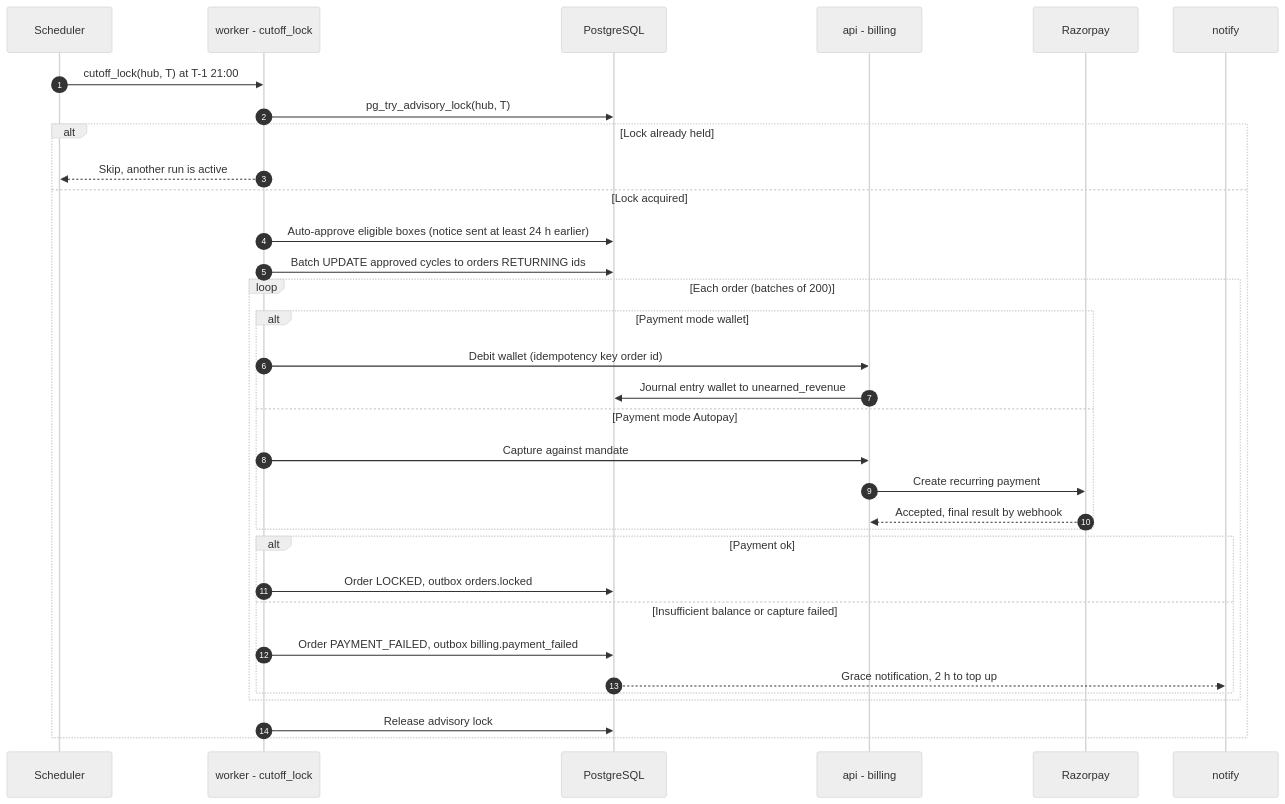
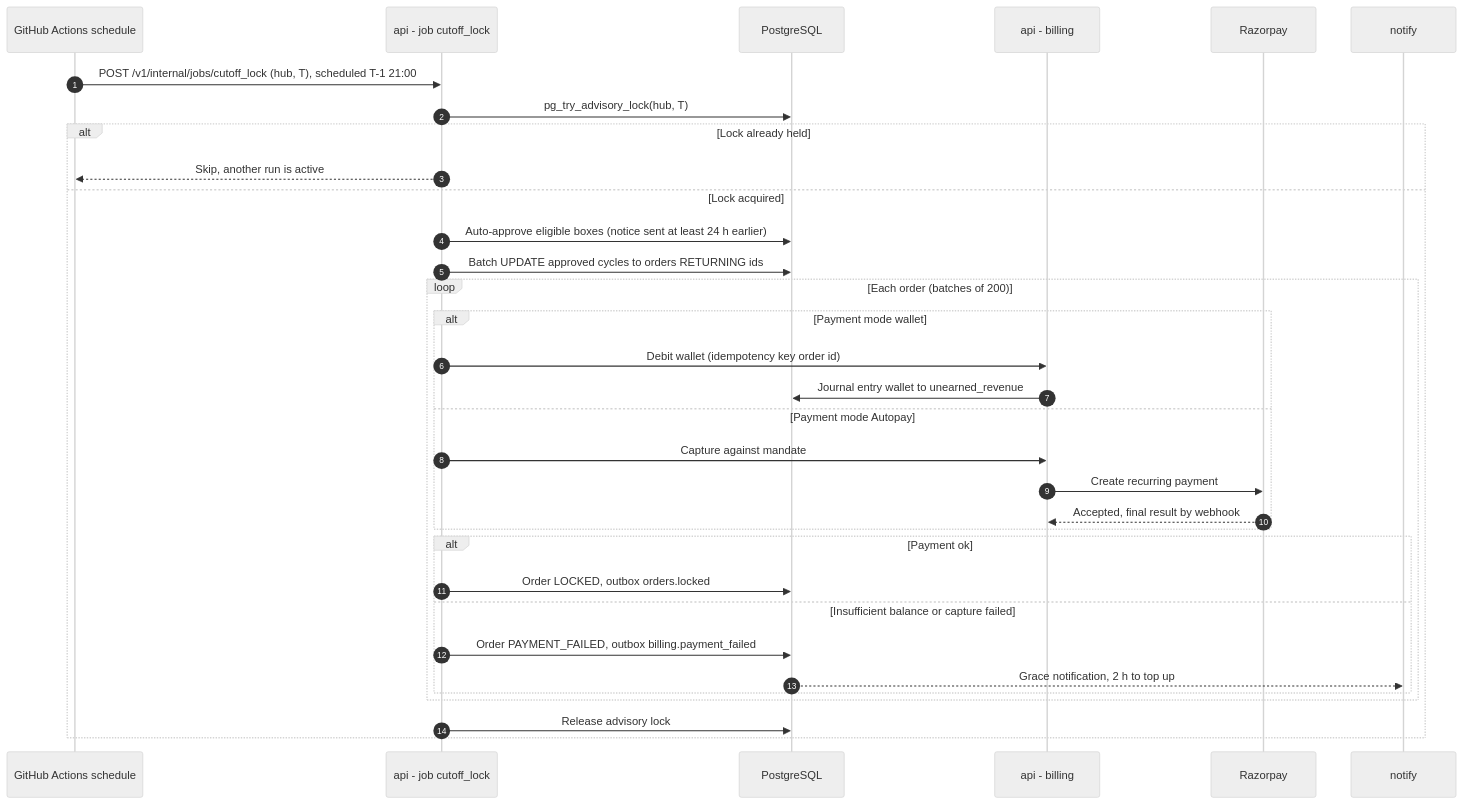
Before and after one commit to prelekar7/GharBasket: the sixth of 18 diagrams in docs/handbook/07-workflows.md, drawn with Mermaid (neutral theme). The commit also changed other lines of this file and 58 other files, not shown here.

````diff
--- a/docs/handbook/07-workflows.md
+++ b/docs/handbook/07-workflows.md
@@ -224,35 +227,35 @@
 ```mermaid
 sequenceDiagram
     autonumber
-    participant SCH as Scheduler
-    participant W as worker - cutoff_lock
+    participant SCH as GitHub Actions schedule
+    participant W as api - job cutoff_lock
     participant DB as PostgreSQL
     participant BIL as api - billing
     participant RZP as Razorpay
     participant N as notify
-    SCH->>W: cutoff_lock(hub, T) at T-1 21:00
+    SCH->>W: POST /v1/internal/jobs/cutoff_lock (hub, T), scheduled T-1 21:00
     W->>DB: pg_try_advisory_lock(hub, T)
     alt Lock already held
         W-->>SCH: Skip, another run is active
     else Lock acquired
         W->>DB: Auto-approve eligible boxes (notice sent at least 24 h earlier)
         W->>DB: Batch UPDATE approved cycles to orders RETURNING ids
         loop Each order (batches of 200)
             alt Payment mode wallet
                 W->>BIL: Debit wallet (idempotency key order id)
                 BIL->>DB: Journal entry wallet to unearned_revenue
             else Payment mode Autopay
                 W->>BIL: Capture against mandate
                 BIL->>RZP: Create recurring payment
                 RZP-->>BIL: Accepted, final result by webhook
             end
             alt Payment ok
                 W->>DB: Order LOCKED, outbox orders.locked
             else Insufficient balance or capture failed
                 W->>DB: Order PAYMENT_FAILED, outbox billing.payment_failed
                 DB-->>N: Grace notification, 2 h to top up
             end
         end
         W->>DB: Release advisory lock
     end
 ```
````
